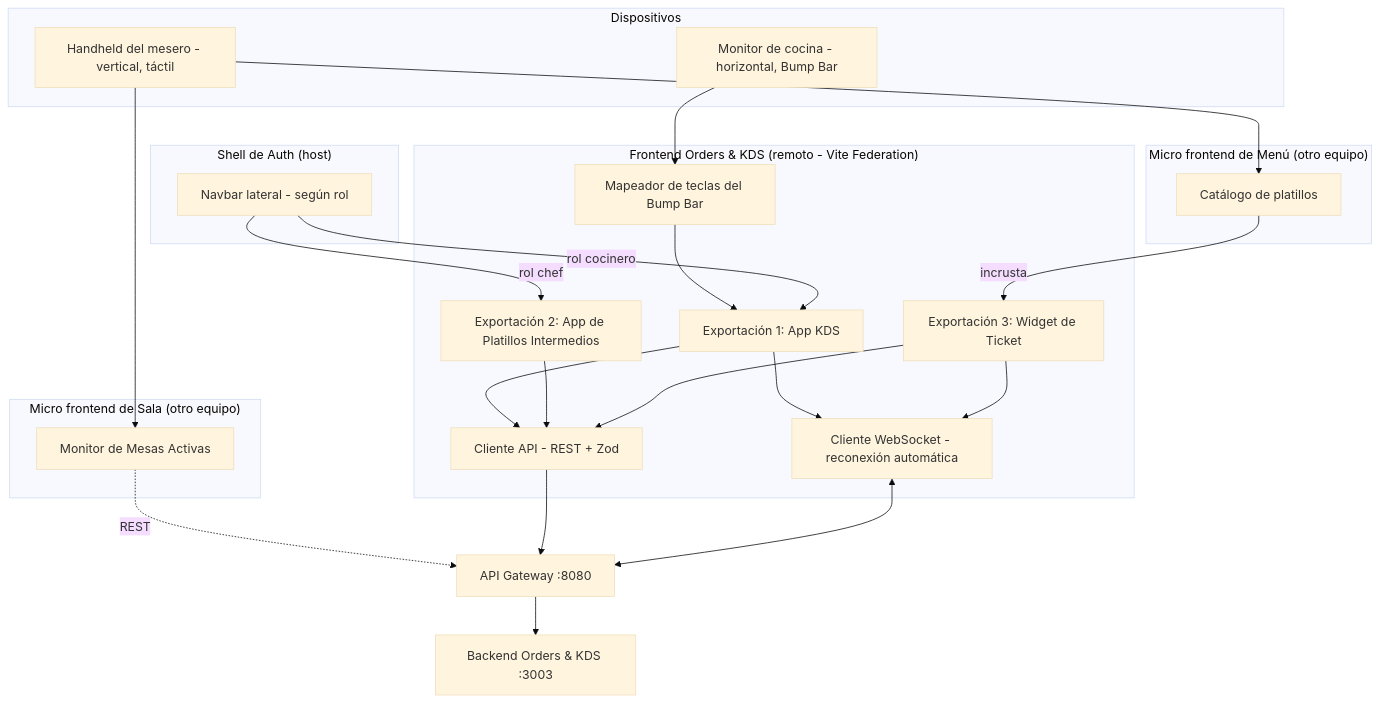
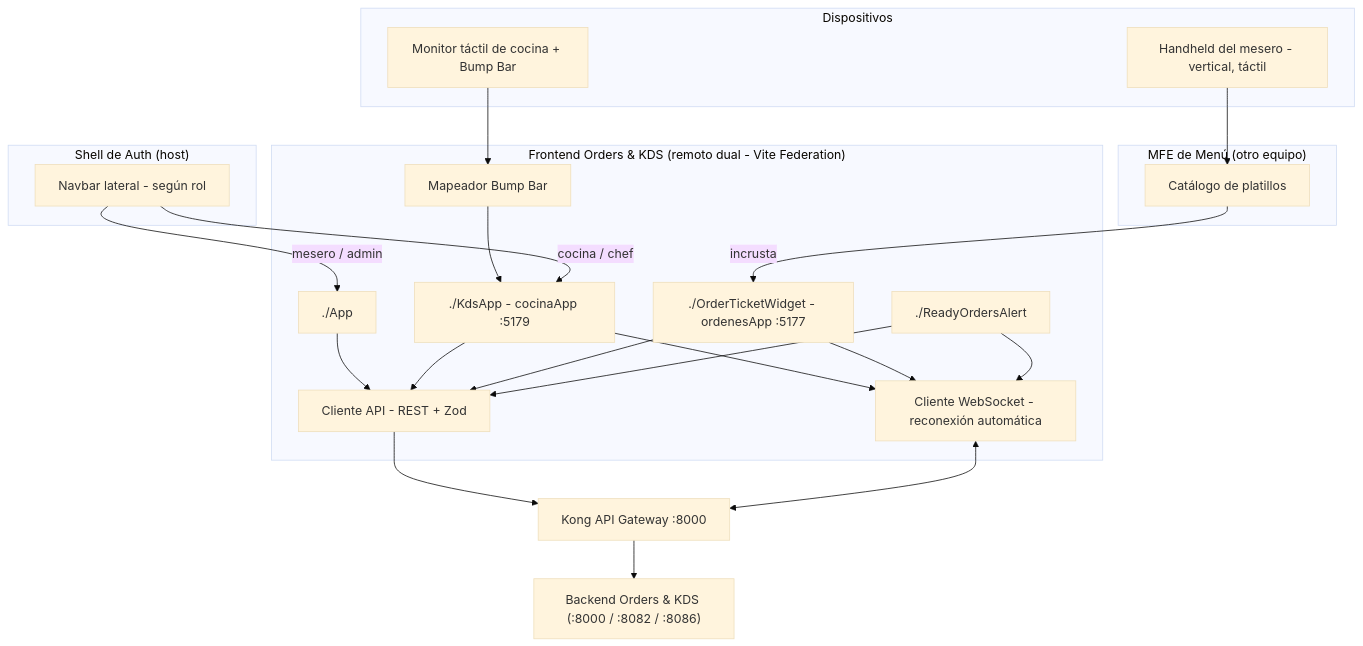
Before and after one commit to FMAT-Restaurant/OrdersKDS-Frontend: the second of 2 diagrams in README.md, drawn with Mermaid (base theme). The commit also changed other lines of this file and 4 other files, not shown here.

````diff
--- a/README.md
+++ b/README.md
@@ -495,43 +404,38 @@
 ```mermaid
 flowchart TB
     subgraph Dispositivos
         H[Handheld del mesero - vertical, táctil]
-        M[Monitor de cocina - horizontal, Bump Bar]
+        M[Monitor táctil de cocina + Bump Bar]
     end
 
     subgraph SHELL["Shell de Auth (host)"]
         NAV[Navbar lateral - según rol]
     end
 
-    subgraph SALA["Micro frontend de Sala (otro equipo)"]
-        TM[Monitor de Mesas Activas]
-    end
-
-    subgraph MENU["Micro frontend de Menú (otro equipo)"]
+    subgraph MENU["MFE de Menú (otro equipo)"]
         CAT[Catálogo de platillos]
     end
 
-    subgraph FE["Frontend Orders & KDS (remoto - Vite Federation)"]
-        E1[Exportación 1: App KDS]
-        E2[Exportación 2: App de Platillos Intermedios]
-        E3[Exportación 3: Widget de Ticket]
+    subgraph FE["Frontend Orders & KDS (remoto dual - Vite Federation)"]
+        E0[./App]
+        E1[./KdsApp - cocinaApp :5179]
+        E2[./OrderTicketWidget - ordenesApp :5177]
+        E3[./ReadyOrdersAlert]
         API[Cliente API - REST + Zod]
         WS[Cliente WebSocket - reconexión automática]
-        BB[Mapeador de teclas del Bump Bar]
+        BB[Mapeador Bump Bar]
     end
 
-    GW["API Gateway :8080"]
-    BE["Backend Orders & KDS :3003"]
+    GW["Kong API Gateway :8000"]
+    BE["Backend Orders & KDS (:8000 / :8082 / :8086)"]
 
     M --> BB --> E1
-    H --> TM
     H --> CAT
-    NAV -->|rol cocinero| E1
-    NAV -->|rol chef| E2
-    CAT -->|incrusta| E3
-    TM -.->|REST| GW
-    E1 & E2 & E3 --> API --> GW
+    NAV -->|cocina / chef| E1
+    NAV -->|mesero / admin| E0
+    CAT -->|incrusta| E2
+    E0 & E1 & E2 & E3 --> API --> GW
     WS <--> GW
-    E1 & E3 --> WS
+    E1 & E2 & E3 --> WS
     GW --> BE
 ```
````
